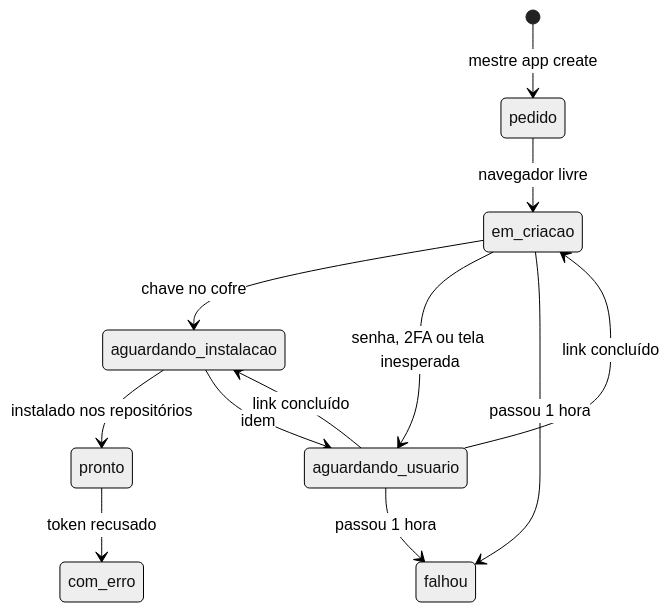
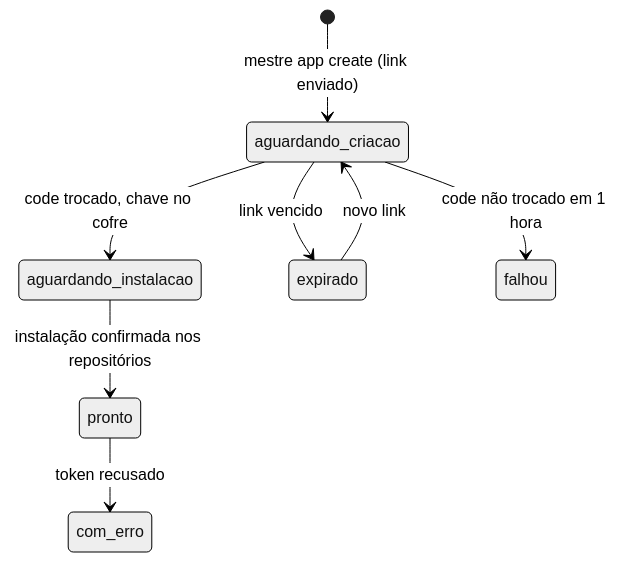
The first of 2 diagrams in docs/github/criacao-de-apps.md (lucasndas/mestre), drawn with Mermaid (neutral theme) before and after one commit. The commit also changed other lines of this file and 78 other files, not shown here.

````diff
--- a/docs/github/criacao-de-apps.md
+++ b/docs/github/criacao-de-apps.md
@@ -21,14 +19,10 @@
 ```mermaid
 stateDiagram-v2
-  [*] --> pedido: mestre app create
-  pedido --> em_criacao: navegador livre
-  em_criacao --> aguardando_instalacao: chave no cofre
-  aguardando_instalacao --> pronto: instalado nos repositórios
-  em_criacao --> aguardando_usuario: senha, 2FA ou tela inesperada
-  aguardando_instalacao --> aguardando_usuario: idem
-  aguardando_usuario --> em_criacao: link concluído
-  aguardando_usuario --> aguardando_instalacao: link concluído
-  em_criacao --> falhou: passou 1 hora
-  aguardando_usuario --> falhou: passou 1 hora
+  [*] --> aguardando_criacao: mestre app create (link enviado)
+  aguardando_criacao --> aguardando_instalacao: code trocado, chave no cofre
+  aguardando_criacao --> expirado: link vencido
+  expirado --> aguardando_criacao: novo link
+  aguardando_instalacao --> pronto: instalação confirmada nos repositórios
+  aguardando_criacao --> falhou: code não trocado em 1 hora
   pronto --> com_erro: token recusado
 ```
````
